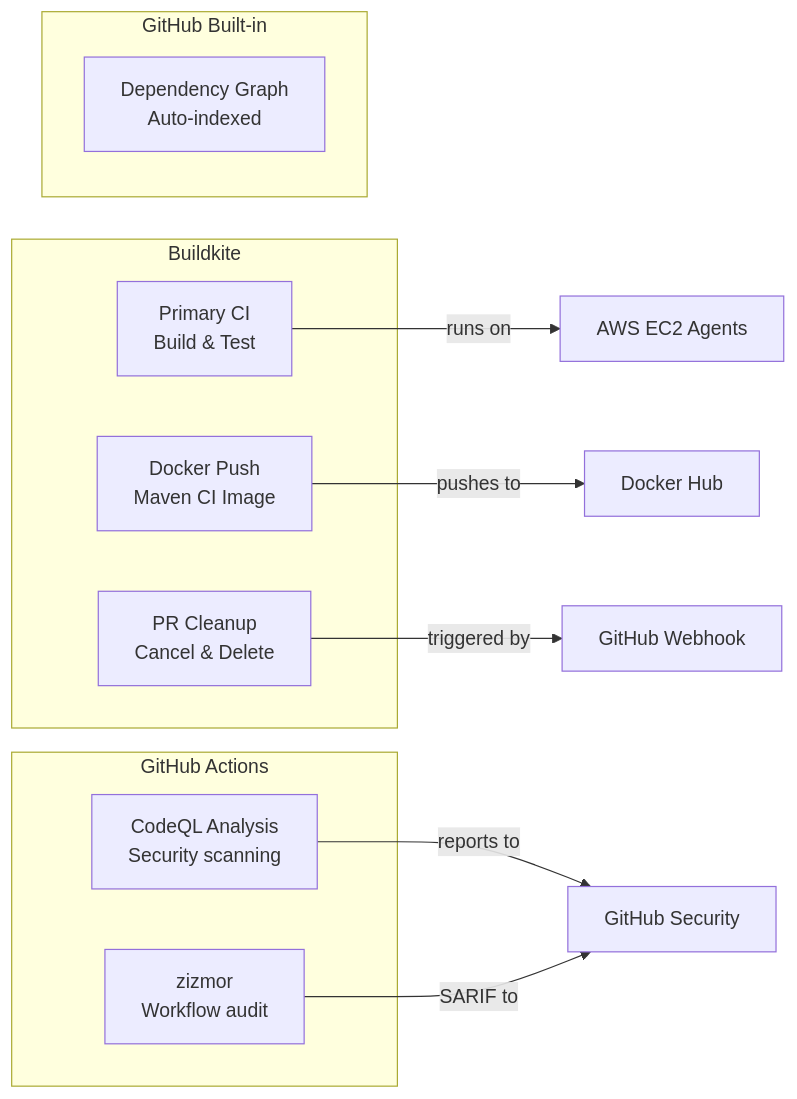
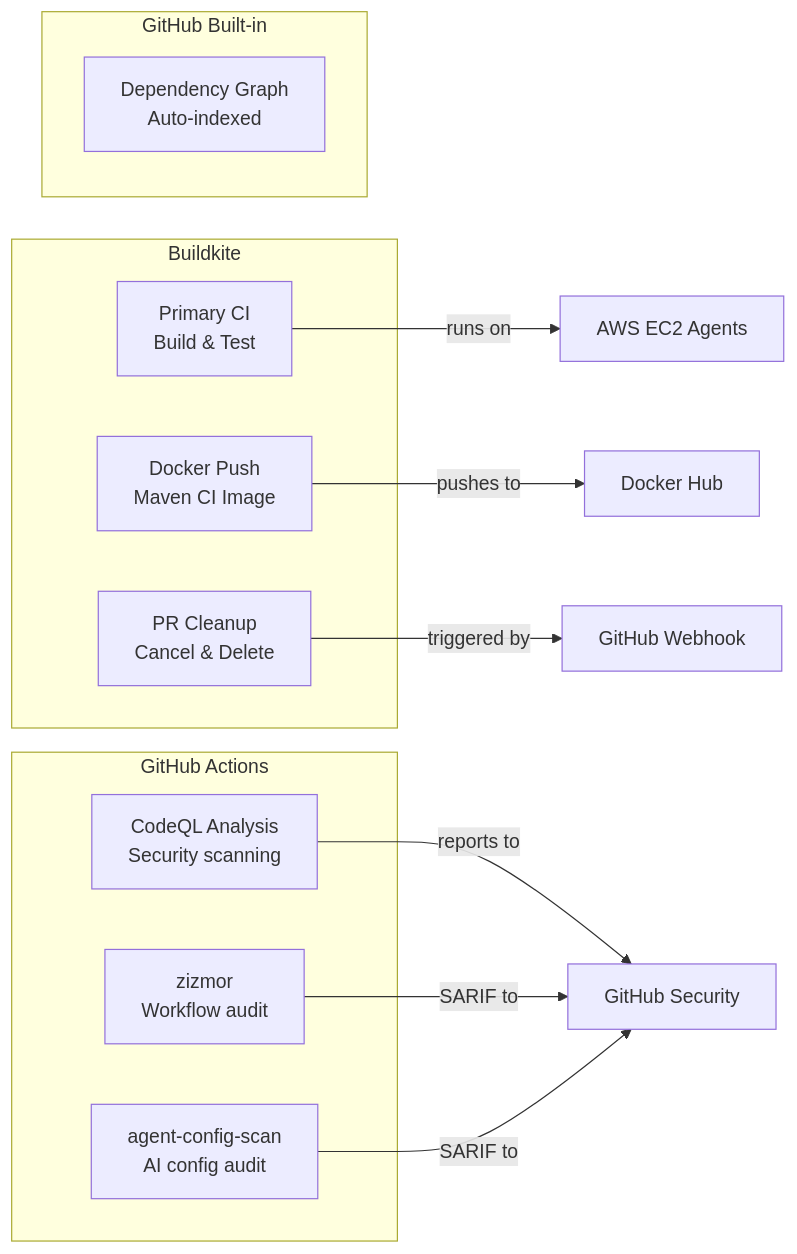
The first of 13 diagrams in docs/infrastructure/ci-cd.md (mock-server/mockserver), drawn with Mermaid before and after one commit. The commit also changed other lines of this file and 7 other files, not shown here.

````diff
--- a/docs/infrastructure/ci-cd.md
+++ b/docs/infrastructure/ci-cd.md
@@ -7,29 +7,32 @@
 ```mermaid
 graph LR
     subgraph "Buildkite"
         BK["Primary CI
 Build & Test"]
         BK_MAVEN["Docker Push
 Maven CI Image"]
         BK_CLEANUP["PR Cleanup
 Cancel & Delete"]
     end
 
     subgraph "GitHub Actions"
         GA_CODEQL["CodeQL Analysis
 Security scanning"]
         GA_ZIZMOR["zizmor
 Workflow audit"]
+        GA_AGENTCFG["agent-config-scan
+AI config audit"]
     end
 
     subgraph "GitHub Built-in"
         GH_DEP["Dependency Graph
 Auto-indexed"]
     end
 
     BK -->|runs on| EC2[AWS EC2 Agents]
     BK_MAVEN -->|pushes to| DH[Docker Hub]
     BK_CLEANUP -->|triggered by| GH_WH[GitHub Webhook]
     GA_CODEQL -->|reports to| GH_SEC[GitHub Security]
     GA_ZIZMOR -->|SARIF to| GH_SEC
+    GA_AGENTCFG -->|SARIF to| GH_SEC
 ```
````
